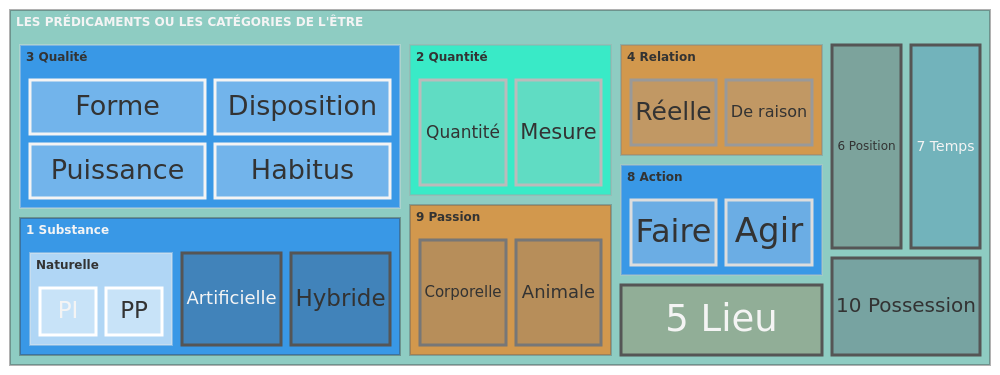
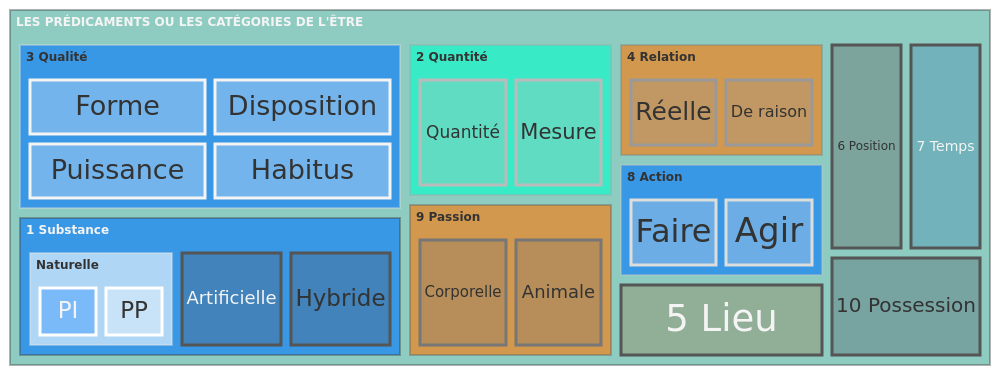
The diagram in prédicaments.mmd (IpadDilectio/Mairmaid), drawn with Mermaid before and after one commit.

```diff
--- a/prédicaments.mmd
+++ b/prédicaments.mmd
@@ -1,46 +1,46 @@
 ---
 config:
   theme: neutral
   themeVariables:
     fontFamily: verdana
   treemap:
     showValues: false
     labelFontSize: 24
 ---
 treemap-beta
 "LES PRÉDICAMENTS OU LES CATÉGORIES DE L'ÊTRE":::menthe
   "1 Substance":::azul
     "Naturelle"
-      "PI": 14
+      "PI": 14:::azul
       "PP": 14
     "Artificielle": 20
     "Hybride": 20
   "2 Quantité":::turquoise
     "Quantité": 20
     "Mesure": 20
   "3 Qualité":::azul
     "Forme": 20
     "Puissance": 20
     "Disposition": 20
     "Habitus": 20
   "4 Relation":::orange
     "Réelle": 15
     "De raison": 15
   "5 Lieu": 20:::ocre
   "6 Position": 20:::marron
   "7 Temps": 20:::bleu
   "8 Action":::azul
     "Faire": 15
     "Agir": 15
   "9 Passion":::orange
     "Corporelle": 20
     "Animale": 20
   "10 Possession": 20:::ardoise
 classDef azul fill:#07F
 classDef turquoise fill:#0FC
 classDef orange fill:#F70
 classDef ocre fill:#963
 classDef bleu fill:#37A
 classDef menthe fill:#4A9
 classDef marron fill:#544
 classDef ardoise fill:#445
```
